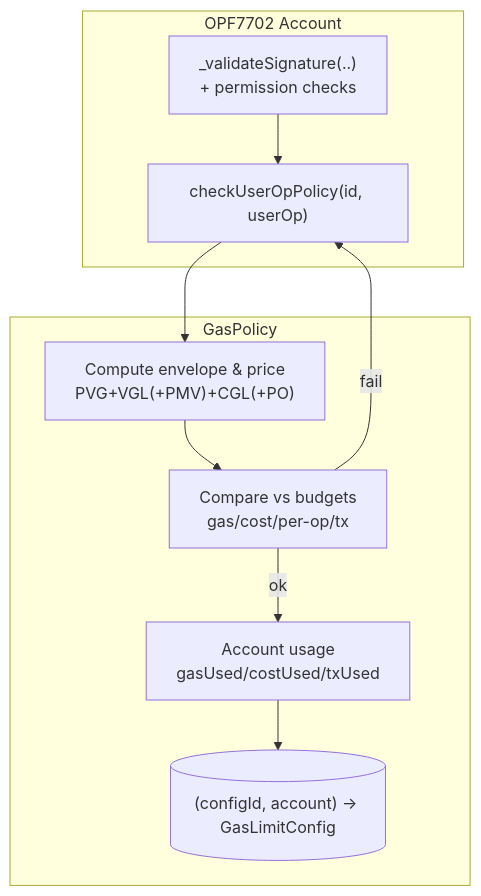
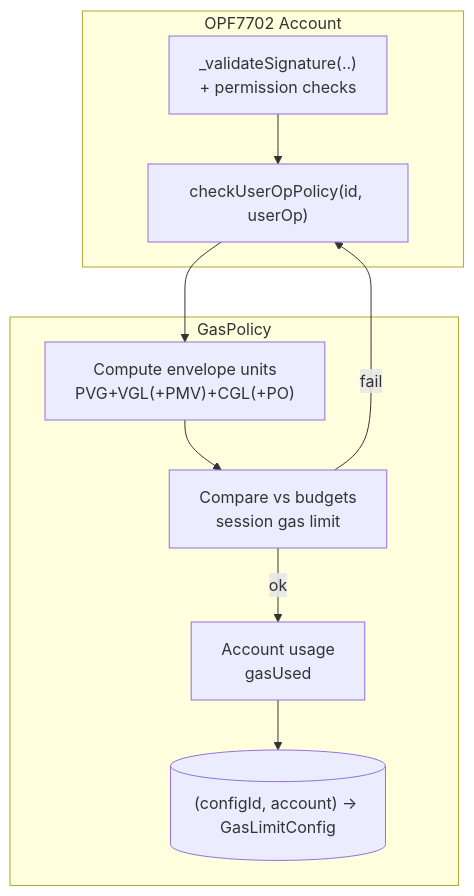
One commit to openfort-xyz/openfort-7702-account changed the first of 5 diagrams in docs/GasPolicy.md. Above: the diagram before and after it, drawn with Mermaid. The commit also changed other lines of this file, not shown here.

Commit message:
(docs) fix docs/GasPolicy.md

````diff
--- a/docs/GasPolicy.md
+++ b/docs/GasPolicy.md
@@ -46,19 +43,19 @@
 ```mermaid
 flowchart TD
   subgraph "OPF7702 Account"
     Validate["_validateSignature(..)<br/>+ permission checks"]
     PolicyCall["checkUserOpPolicy(id, userOp)"]
   end
 
   subgraph "GasPolicy"
-    Compute["Compute envelope & price<br/>PVG+VGL(+PMV)+CGL(+PO)"]
-    Guards["Compare vs budgets<br/>gas/cost/per-op/tx"]
-    Account["Account usage<br/>gasUsed/costUsed/txUsed"]
+    Compute["Compute envelope units<br/>PVG+VGL(+PMV)+CGL(+PO)"]
+    Guards["Compare vs budgets<br/>session gas limit"]
+    Account["Account usage<br/>gasUsed"]
     Store[("(configId, account) -> GasLimitConfig")]
   end
 
   Validate --> PolicyCall
   PolicyCall --> Compute --> Guards
   Guards -- ok --> Account --> Store
   Guards -- fail --> PolicyCall
 ```
````
